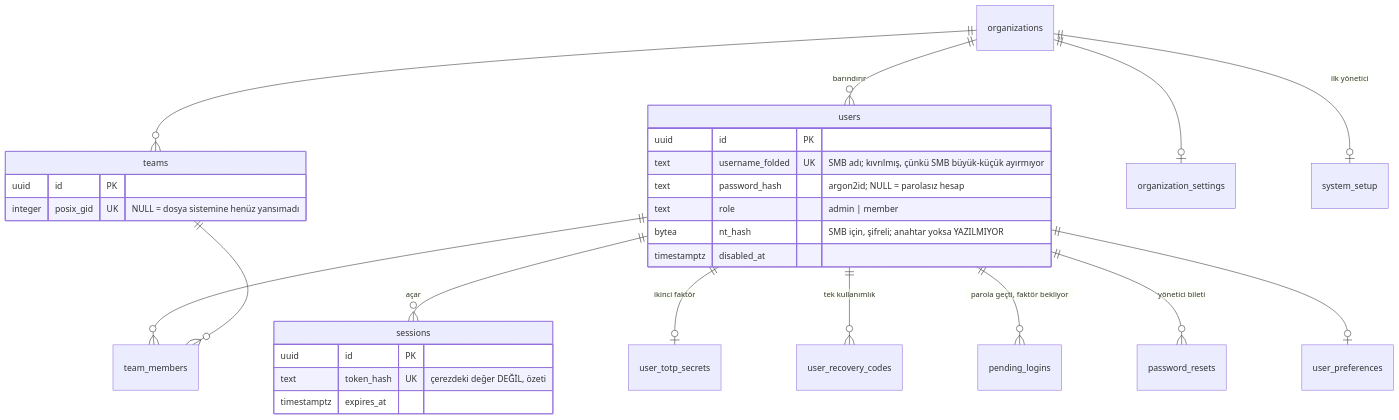
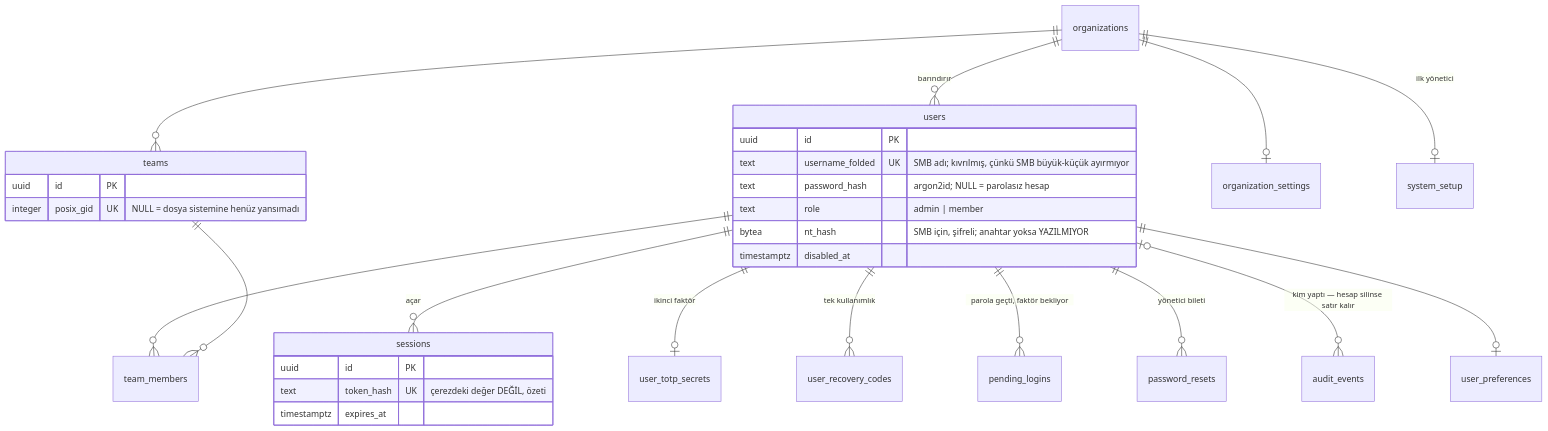
One commit to avsharbeyi/depsis changed the first of 4 diagrams in docs/er-diagram.md. Above: the diagram before and after it, drawn with Mermaid. The commit also changed other lines of this file and 35 other files, not shown here.

````diff
--- a/docs/er-diagram.md
+++ b/docs/er-diagram.md
@@ -31,33 +31,34 @@
 ```mermaid
 erDiagram
     organizations ||--o{ users : "barındırır"
     organizations ||--o{ teams : ""
     users ||--o{ team_members : ""
     teams ||--o{ team_members : ""
     users ||--o{ sessions : "açar"
     users ||--o| user_totp_secrets : "ikinci faktör"
     users ||--o{ user_recovery_codes : "tek kullanımlık"
     users ||--o{ pending_logins : "parola geçti, faktör bekliyor"
     users ||--o{ password_resets : "yönetici bileti"
+    users |o--o{ audit_events : "kim yaptı — hesap silinse satır kalır"
     users ||--o| user_preferences : ""
     organizations ||--o| organization_settings : ""
     organizations ||--o| system_setup : "ilk yönetici"
 
     users {
         uuid id PK
         text username_folded UK "SMB adı; kıvrılmış, çünkü SMB büyük-küçük ayırmıyor"
         text password_hash "argon2id; NULL = parolasız hesap"
         text role "admin | member"
         bytea nt_hash "SMB için, şifreli; anahtar yoksa YAZILMIYOR"
         timestamptz disabled_at
     }
     sessions {
         uuid id PK
         text token_hash UK "çerezdeki değer DEĞİL, özeti"
         timestamptz expires_at
     }
     teams {
         uuid id PK
         integer posix_gid UK "NULL = dosya sistemine henüz yansımadı"
     }
 ```
````
